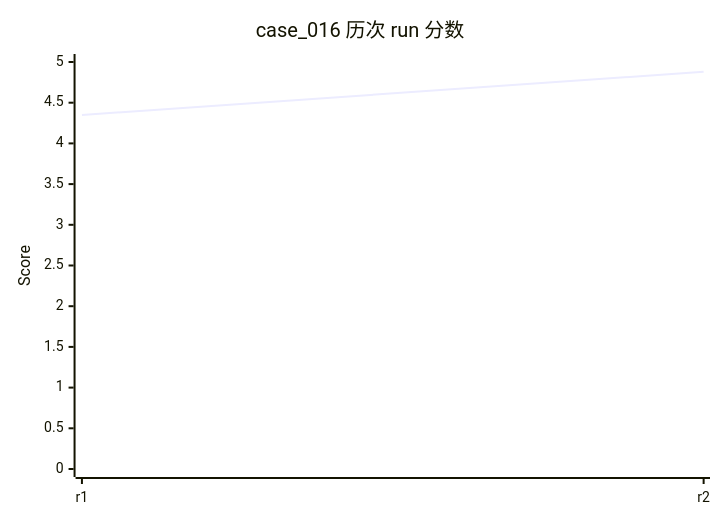
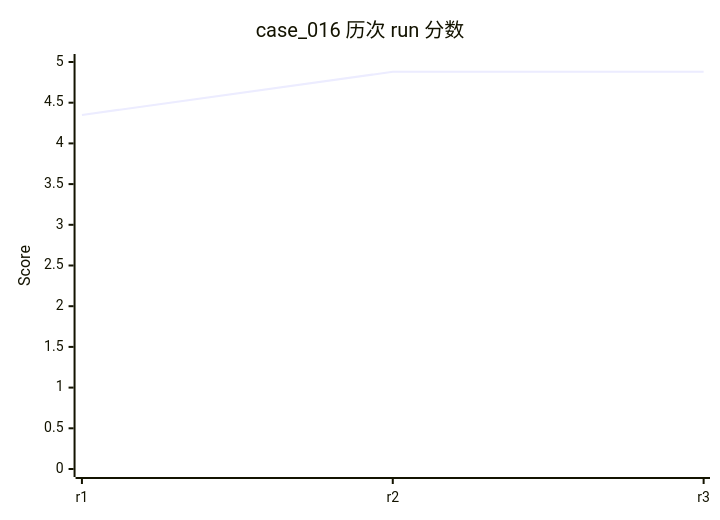
Before and after one commit to rushengzhou/sid-code: diagram 20 of 58 in evals/DASHBOARD.md, drawn with Mermaid. The commit also changed other lines of this file and 57 other files, not shown here.

````diff
--- a/evals/DASHBOARD.md
+++ b/evals/DASHBOARD.md
@@ -444,7 +446,7 @@
 ```mermaid
 xychart-beta
     title "case_016 历次 run 分数"
-    x-axis [r1, r2]
+    x-axis [r1, r2, r3]
     y-axis "Score" 0 --> 5
-    line [4.35, 4.88]
+    line [4.35, 4.88, 4.88]
 ```
````
